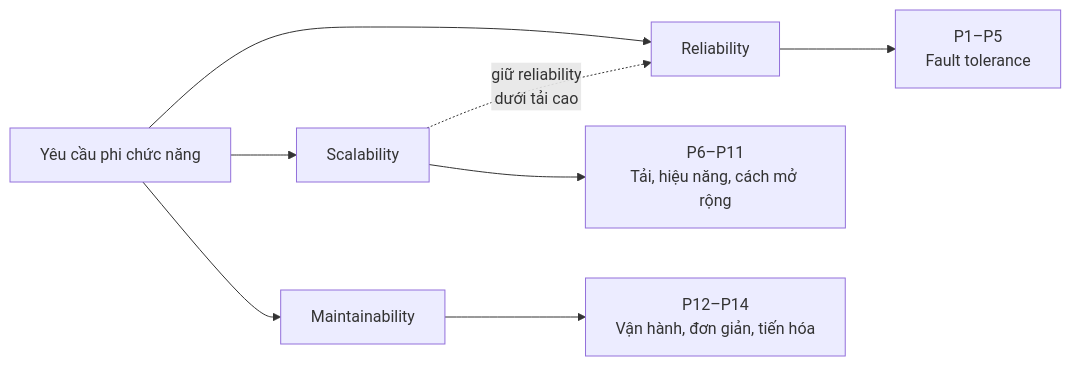
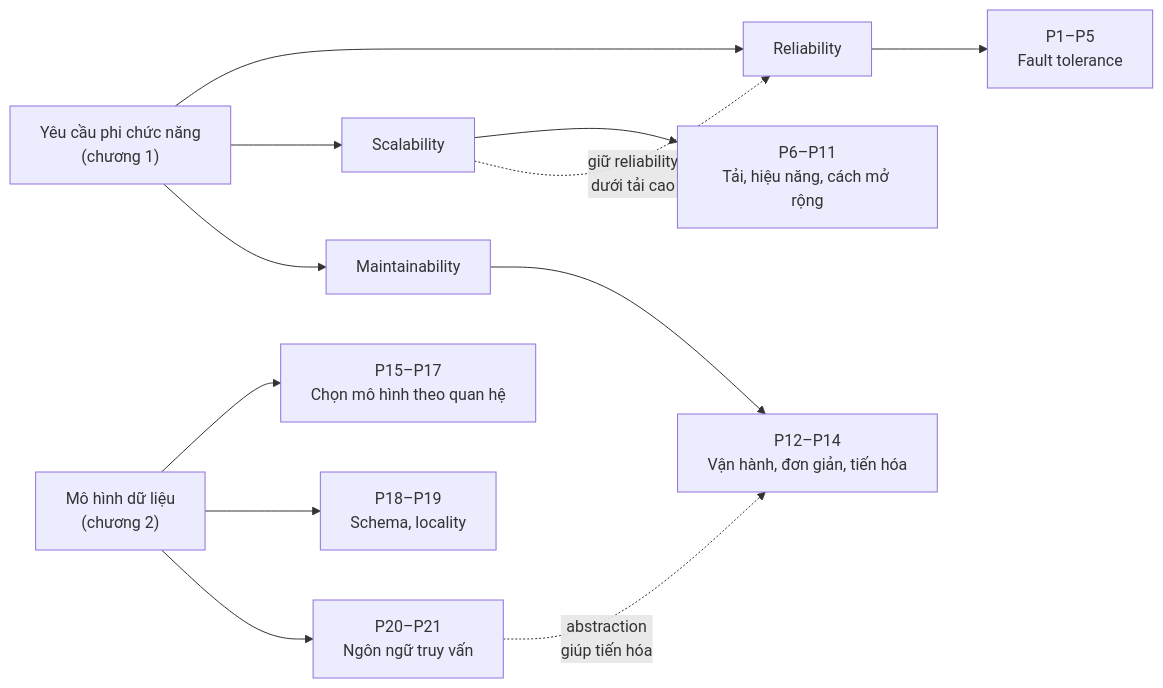
One commit to pnt2004/Public-Document changed the diagram in DDIA/ddia-notes/system-design-concepts.md. Above: the diagram before and after it, drawn with Mermaid. The commit also changed other lines of this file and 5 other files, not shown here.

````diff
--- a/DDIA/ddia-notes/system-design-concepts.md
+++ b/DDIA/ddia-notes/system-design-concepts.md
@@ -9,10 +9,14 @@
 ```mermaid
 flowchart LR
-    REQ["Yêu cầu phi chức năng"] --> R["Reliability"]
+    REQ["Yêu cầu phi chức năng<br/>(chương 1)"] --> R["Reliability"]
     REQ --> S["Scalability"]
     REQ --> M["Maintainability"]
     R --> P1["P1–P5<br/>Fault tolerance"]
     S --> P6["P6–P11<br/>Tải, hiệu năng, cách mở rộng"]
     M --> P12["P12–P14<br/>Vận hành, đơn giản, tiến hóa"]
     S -.->|"giữ reliability<br/>dưới tải cao"| R
+    DM["Mô hình dữ liệu<br/>(chương 2)"] --> P15["P15–P17<br/>Chọn mô hình theo quan hệ"]
+    DM --> P18["P18–P19<br/>Schema, locality"]
+    DM --> P20["P20–P21<br/>Ngôn ngữ truy vấn"]
+    P20 -.->|"abstraction<br/>giúp tiến hóa"| P12
 ```
````
